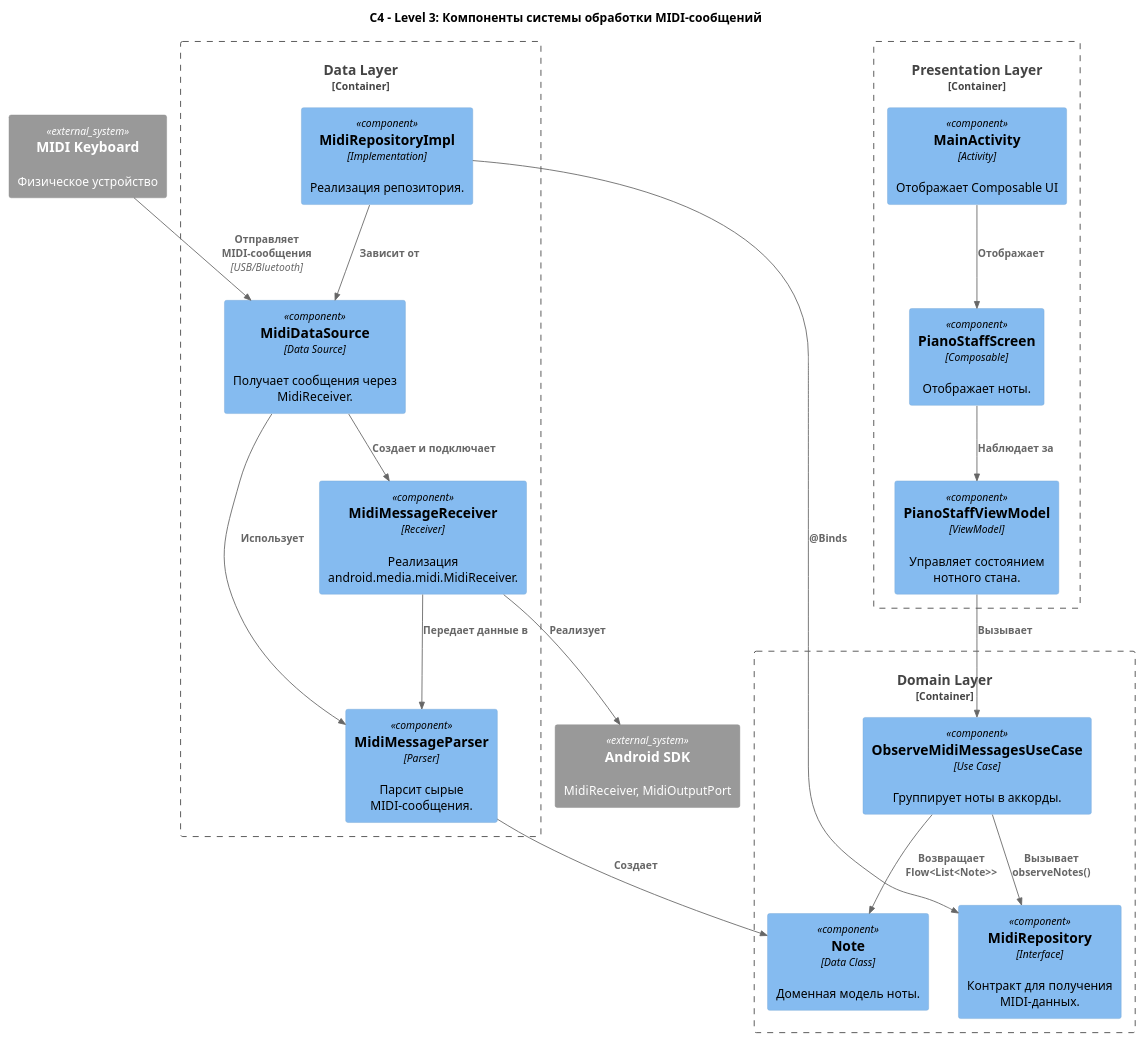
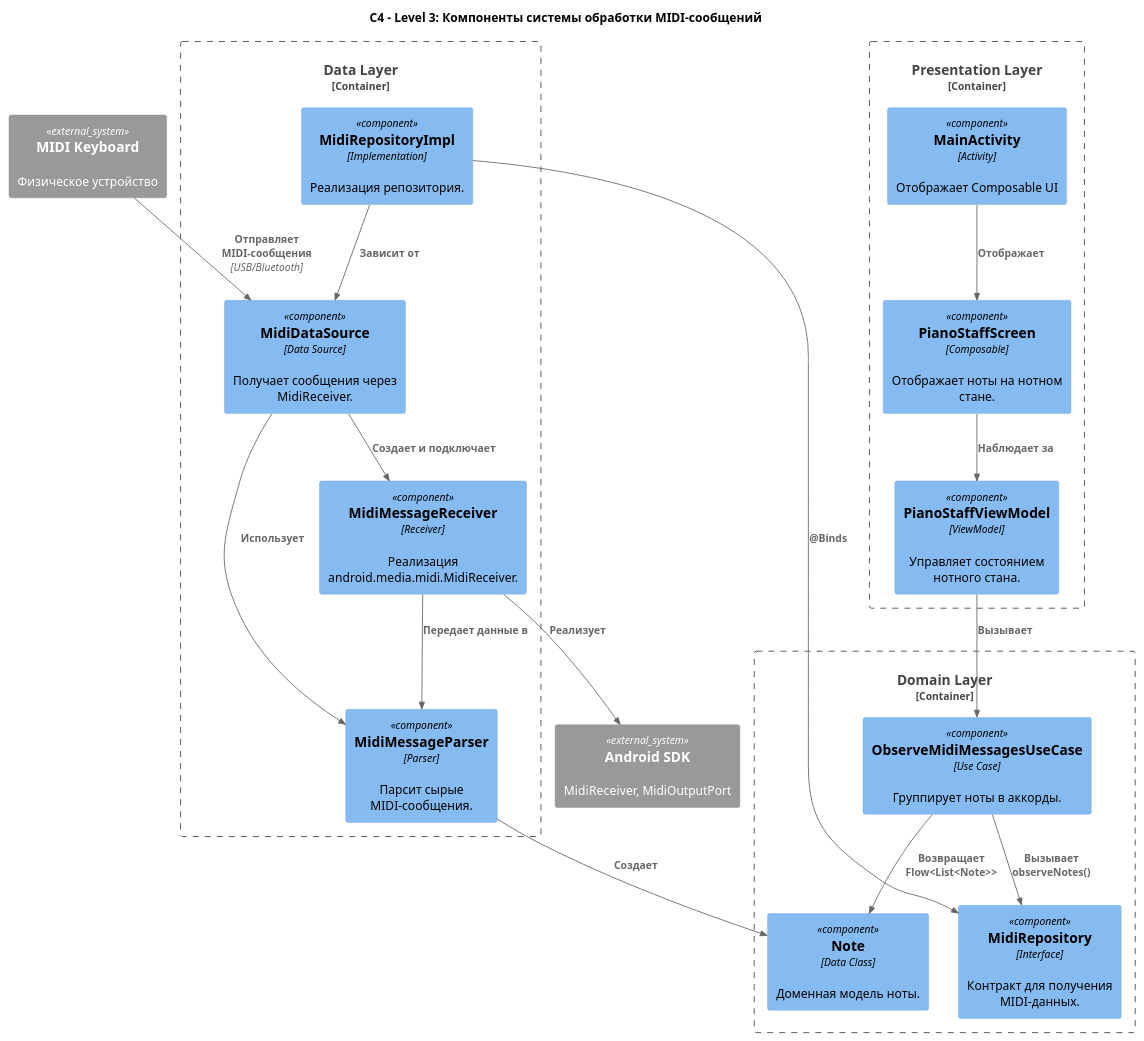
The first of 5 diagrams in docs/ts/MIDI_MESSAGE_PROCESSING.md (astrizhachuk/PianoFlow), drawn with PlantUML before and after one commit. The commit also changed other lines of this file, not shown here.

````diff
--- a/docs/ts/MIDI_MESSAGE_PROCESSING.md
+++ b/docs/ts/MIDI_MESSAGE_PROCESSING.md
@@ -37,49 +37,49 @@
 ```plantuml
 @startuml
 !include https://raw.githubusercontent.com/plantuml-stdlib/C4-PlantUML/master/C4_Component.puml
 
 title C4 - Level 3: Компоненты системы обработки MIDI-сообщений
 
 System_Ext(midi_device, "MIDI Keyboard", "Физическое устройство")
 System_Ext(android_sdk, "Android SDK", "MidiReceiver, MidiOutputPort")
 
 Container_Boundary(presentation, "Presentation Layer") {
     Component(activity, "MainActivity", "Activity", "Отображает Composable UI")
     Component(vm, "PianoStaffViewModel", "ViewModel", "Управляет состоянием нотного стана.")
-    Component(screen, "PianoStaffScreen", "Composable", "Отображает ноты.")
+    Component(screen, "PianoStaffScreen", "Composable", "Отображает ноты на нотном стане.")
 }
 
 Container_Boundary(domain, "Domain Layer") {
     Component(observe_uc, "ObserveMidiMessagesUseCase", "Use Case", "Группирует ноты в аккорды.")
     Component(repo, "MidiRepository", "Interface", "Контракт для получения MIDI-данных.")
     Component(note, "Note", "Data Class", "Доменная модель ноты.")
 }
 
 Container_Boundary(data, "Data Layer") {
     Component(repo_impl, "MidiRepositoryImpl", "Implementation", "Реализация репозитория.")
     Component(ds, "MidiDataSource", "Data Source", "Получает сообщения через MidiReceiver.")
     Component(parser, "MidiMessageParser", "Parser", "Парсит сырые MIDI-сообщения.")
     Component(receiver, "MidiMessageReceiver", "Receiver", "Реализация android.media.midi.MidiReceiver.")
 }
 
 ' Связи
 Rel(activity, screen, "Отображает")
 Rel(screen, vm, "Наблюдает за")
 Rel(vm, observe_uc, "Вызывает")
 Rel(observe_uc, repo, "Вызывает observeNotes()")
 
 Rel(repo_impl, repo, "@Binds")
 Rel(repo_impl, ds, "Зависит от")
 
 Rel(ds, parser, "Использует")
 Rel(ds, receiver, "Создает и подключает")
 Rel(receiver, android_sdk, "Реализует")
 Rel(receiver, parser, "Передает данные в")
 
 Rel(midi_device, ds, "Отправляет MIDI-сообщения", "USB/Bluetooth")
 
 Rel(observe_uc, note, "Возвращает Flow<List<Note>>")
 Rel(parser, note, "Создает")
 
 @enduml
 ```
````
